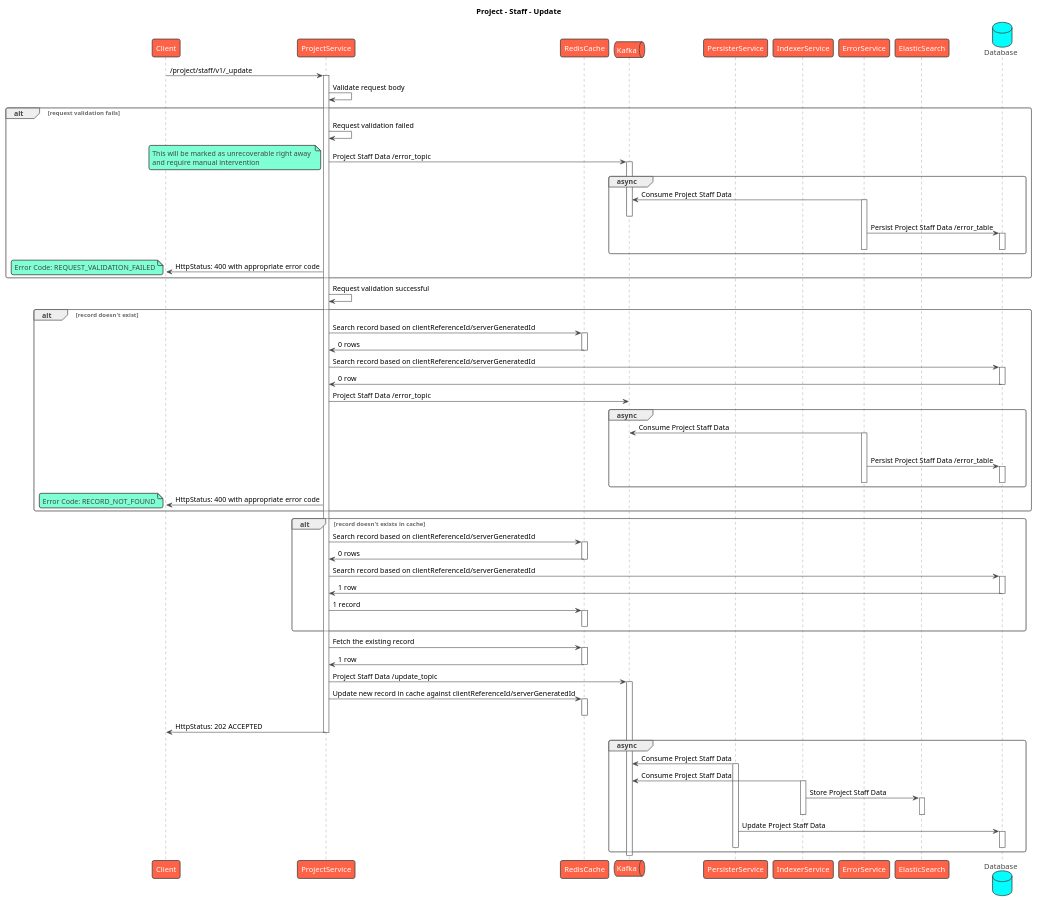
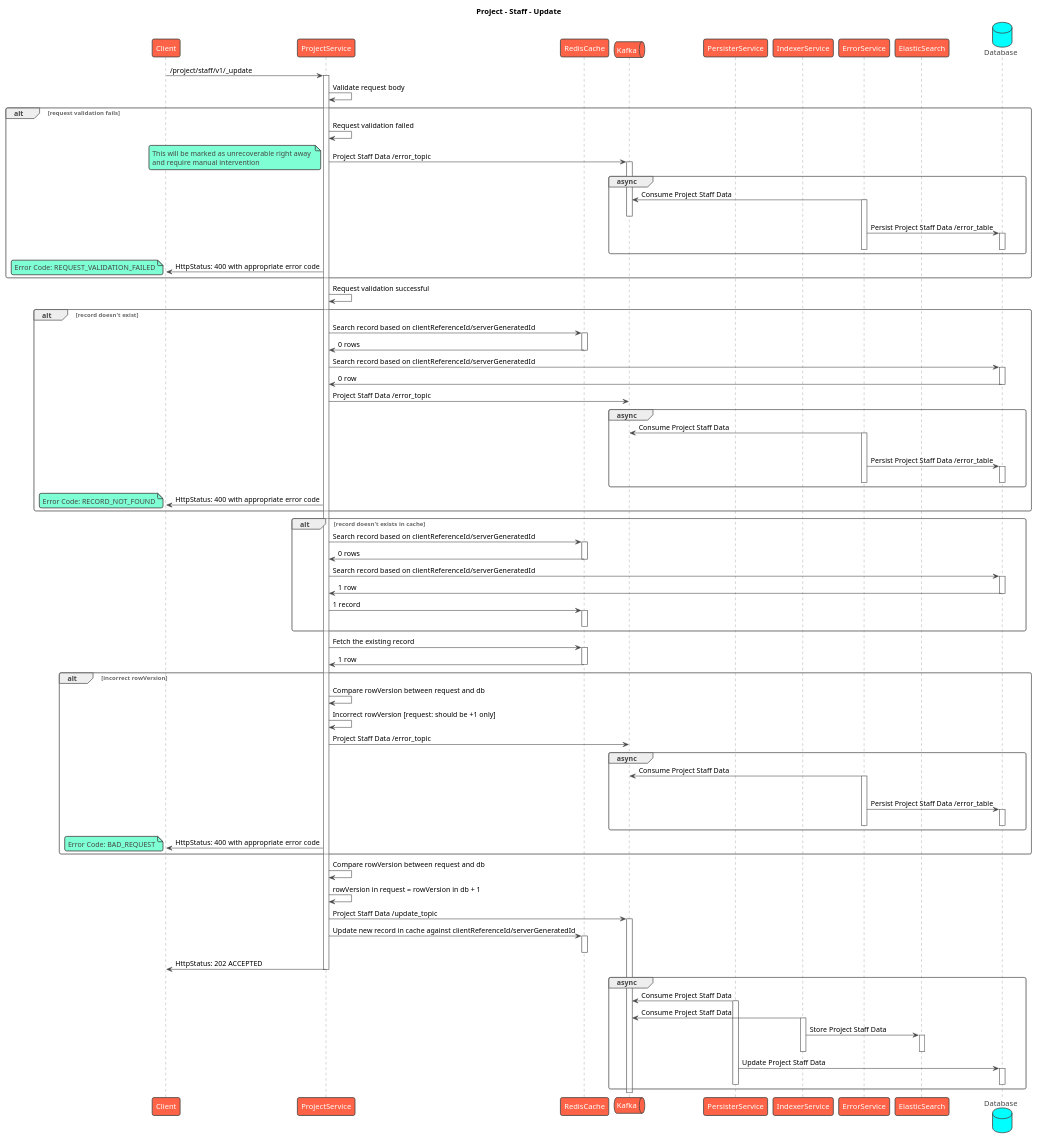
Before and after one commit to egovernments/health-api-specs: the diagram in contracts/project/staff/sequence/update.puml, drawn with PlantUML. The commit also changed 9 other files, not shown here.

Commit message:
Sequence: Updated update flows with rowVersion logic

```diff
--- a/contracts/project/staff/sequence/update.puml
+++ b/contracts/project/staff/sequence/update.puml
@@ -1,102 +1,122 @@
 @startuml
 title Project - Staff - Update
 !theme vibrant
 participant Client as c
 participant ProjectService as s
 participant RedisCache as rc
 queue Kafka as k
 participant PersisterService as prs
 participant IndexerService as idx
 participant ErrorService as es
 participant ElasticSearch as el
 database Database as db
 c -> s : /project/staff/v1/_update
 activate s
 s -> s: Validate request body
 alt request validation fails
     s -> s: Request validation failed
     s -> k: Project Staff Data /error_topic
     note left
         This will be marked as unrecoverable right away 
         and require manual intervention
     end note
     activate k
     group async
         es -> k: Consume Project Staff Data
         activate es
         deactivate k
         es -> db: Persist Project Staff Data /error_table
         activate db
         deactivate db
         deactivate es
     end
     s -> c: HttpStatus: 400 with appropriate error code
     note left
       Error Code: REQUEST_VALIDATION_FAILED
     end note
 end
 s -> s: Request validation successful
 alt record doesn't exist
     s -> rc: Search record based on clientReferenceId/serverGeneratedId
     activate rc
     rc -> s: 0 rows
     deactivate rc
     s -> db: Search record based on clientReferenceId/serverGeneratedId
     activate db
     db -> s: 0 row
     deactivate db
     s -> k: Project Staff Data /error_topic
     group async
         es -> k: Consume Project Staff Data
         activate es
         deactivate k
         es -> db: Persist Project Staff Data /error_table
         activate db
         deactivate db
         deactivate es
     end
     s -> c: HttpStatus: 400 with appropriate error code
     note left
       Error Code: RECORD_NOT_FOUND
     end note
 end
 alt record doesn't exists in cache
     s -> rc: Search record based on clientReferenceId/serverGeneratedId
     activate rc
     rc -> s: 0 rows
     deactivate rc
     s -> db: Search record based on clientReferenceId/serverGeneratedId
     activate db
     db -> s: 1 row
     deactivate db
     s -> rc: 1 record
     activate rc
     deactivate rc
 end
 s -> rc: Fetch the existing record
 activate rc
 rc -> s: 1 row
 deactivate rc
+alt incorrect rowVersion
+    s -> s: Compare rowVersion between request and db
+    s -> s: Incorrect rowVersion [request: should be +1 only]
+    s -> k: Project Staff Data /error_topic
+    group async
+        es -> k: Consume Project Staff Data
+        activate es
+        deactivate k
+        es -> db: Persist Project Staff Data /error_table
+        activate db
+        deactivate db
+        deactivate es
+    end
+    s -> c: HttpStatus: 400 with appropriate error code
+    note left
+      Error Code: BAD_REQUEST
+    end note
+end
+s -> s: Compare rowVersion between request and db
+s -> s: rowVersion in request = rowVersion in db + 1
 s -> k: Project Staff Data /update_topic
 activate k
 s -> rc: Update new record in cache against clientReferenceId/serverGeneratedId
 activate rc
 deactivate rc
 s -> c: HttpStatus: 202 ACCEPTED
 deactivate s
 group async
     prs -> k: Consume Project Staff Data
     activate prs
     idx -> k: Consume Project Staff Data
     activate idx
     idx -> el: Store Project Staff Data
     activate el
     deactivate el
     deactivate idx
     prs -> db: Update Project Staff Data
     activate db
     deactivate db
     deactivate prs
 end
 deactivate k
 @enduml
```
